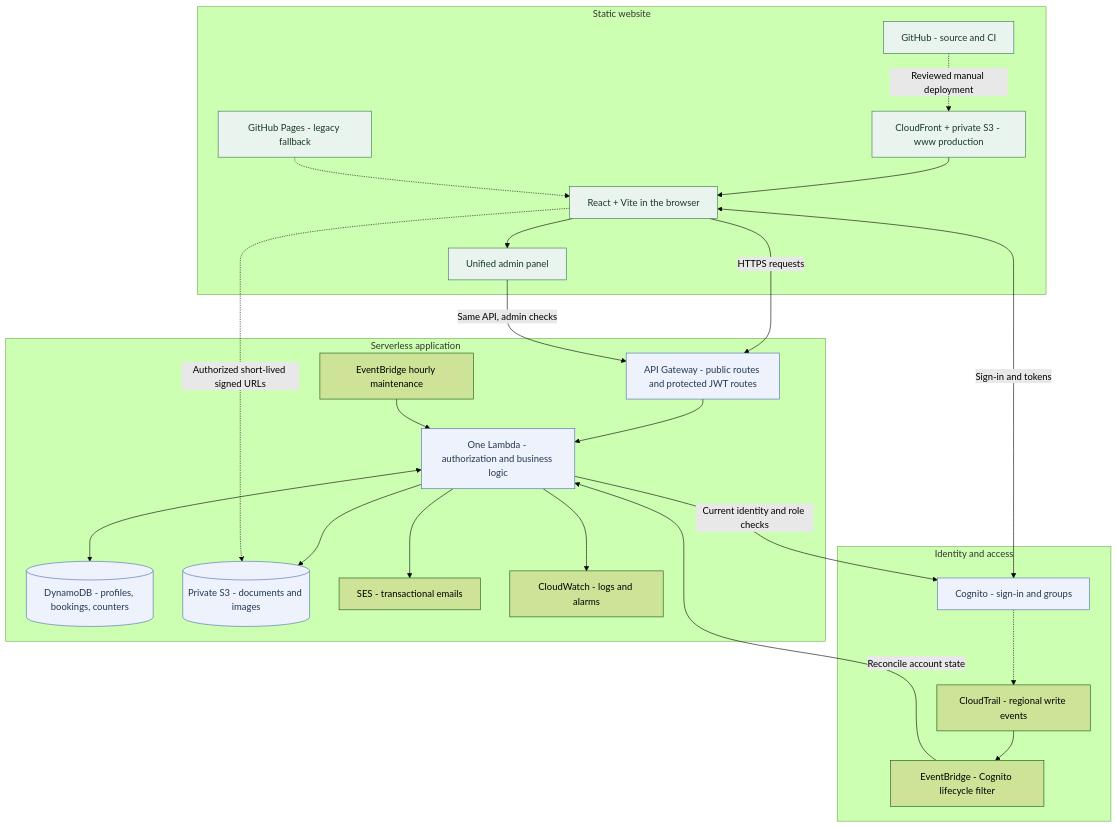
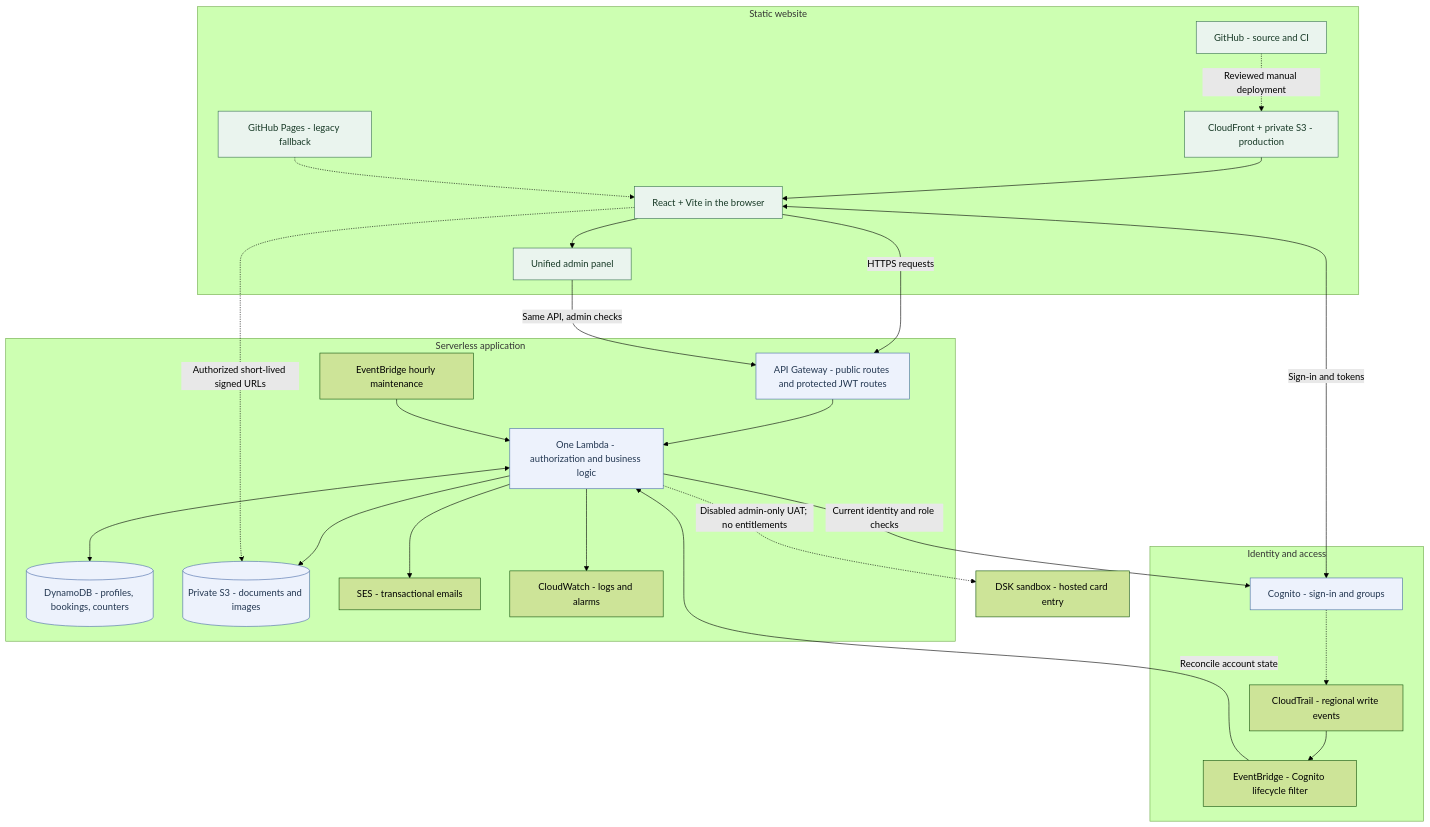
The diagram in README.md (Bobsnadenica/growpoint.bg), drawn with Mermaid (forest theme) before and after one commit. The commit also changed other lines of this file and 57 other files, not shown here.

Commit message:
Complete CloudFront cutover and prepare isolated DSK UAT

````diff
--- a/README.md
+++ b/README.md
@@ -58,40 +58,41 @@
 ```mermaid
 flowchart TB
   subgraph Web[Static website]
-    GH[GitHub - source and CI] -.->|Reviewed manual deployment| CF[CloudFront + private S3 - www production]
+    GH[GitHub - source and CI] -.->|Reviewed manual deployment| CF[CloudFront + private S3 - production]
     CF --> SPA[React + Vite in the browser]
     LEGACY[GitHub Pages - legacy fallback] -.-> SPA
     SPA --> ADMIN[Unified admin panel]
   end
   subgraph Identity[Identity and access]
     C[Cognito - sign-in and groups]
     CT[CloudTrail - regional write events]
     EV[EventBridge - Cognito lifecycle filter]
     C -.-> CT --> EV
   end
   subgraph Backend[Serverless application]
     API[API Gateway - public routes and protected JWT routes]
     L[One Lambda - authorization and business logic]
     D[(DynamoDB - profiles, bookings, counters)]
     S[(Private S3 - documents and images)]
     E[SES - transactional emails]
     JOB[EventBridge hourly maintenance]
     CW[CloudWatch - logs and alarms]
     API --> L
     L <--> D
     L --> S
     L --> E
     L --> CW
     JOB --> L
   end
   SPA <-->|Sign-in and tokens| C
   SPA -->|HTTPS requests| API
   ADMIN -->|Same API, admin checks| API
   L -->|Current identity and role checks| C
   EV -->|Reconcile account state| L
   SPA -.->|Authorized short-lived signed URLs| S
+  L -.->|Disabled admin-only UAT; no entitlements| BANK[DSK sandbox - hosted card entry]
   classDef static fill:#eaf4ee,stroke:#387052,color:#173926
   classDef secure fill:#edf2fc,stroke:#496ca8,color:#233751
   class SPA,GH,CF,LEGACY,ADMIN static
   class C,API,L,D,S secure
 ```
````
